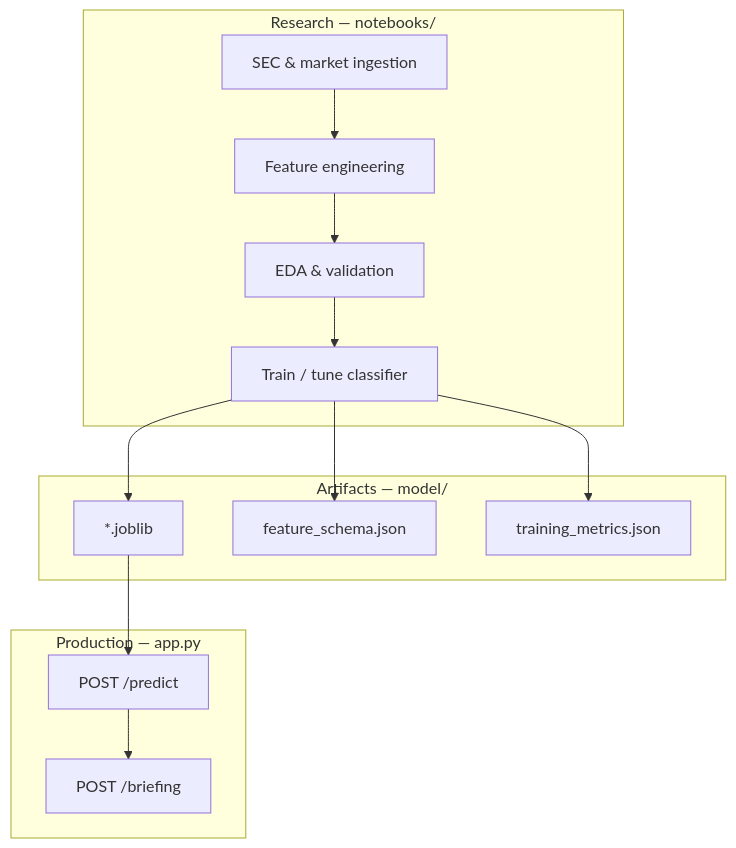
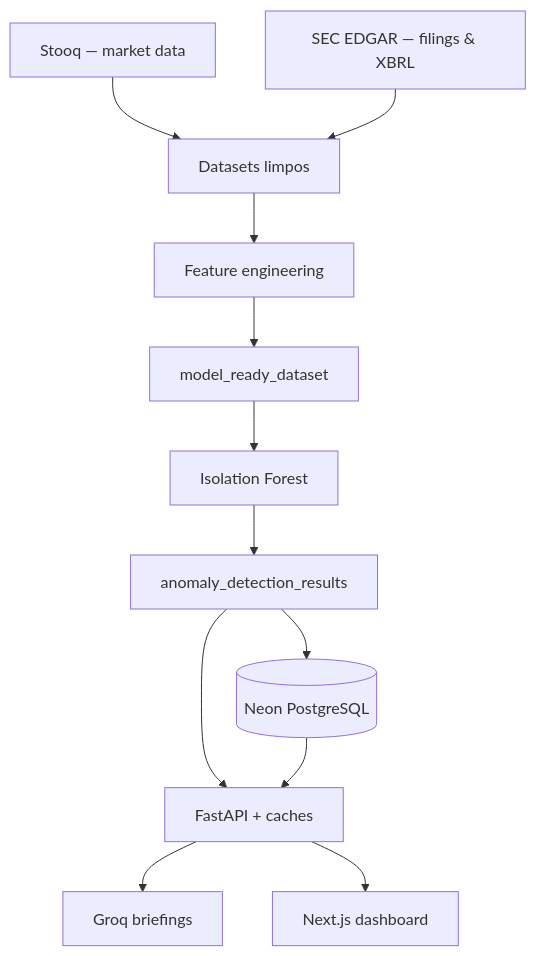
Before and after one commit to sidnei-almeida/corporate-signal-intelligence: the first of 2 diagrams in README.md, drawn with Mermaid. The commit also changed other lines of this file and 3 other files, not shown here.

````diff
--- a/README.md
+++ b/README.md
@@ -41,23 +47,23 @@
 ```mermaid
 flowchart TB
-  subgraph research [Research — notebooks/]
-    A[SEC & market ingestion]
-    B[Feature engineering]
-    C[EDA & validation]
-    D[Train / tune classifier]
-  end
-  subgraph artifacts [Artifacts — model/]
-    E[*.joblib]
-    F[feature_schema.json]
-    G[training_metrics.json]
-  end
-  subgraph prod [Production — app.py]
-    H[POST /predict]
-    I[POST /briefing]
-  end
-  A --> B --> C --> D --> E
-  D --> F
-  D --> G
-  E --> H
-  H --> I
+  STOOQ[Stooq — market data]
+  SEC[SEC EDGAR — filings & XBRL]
+  CLEAN[Datasets limpos]
+  FEAT[Feature engineering]
+  READY[model_ready_dataset]
+  IF[Isolation Forest]
+  RES[anomaly_detection_results]
+  API[FastAPI + caches]
+  GROQ[Groq briefings]
+  DASH[Next.js dashboard]
+  NEON[(Neon PostgreSQL)]
+
+  STOOQ --> CLEAN
+  SEC --> CLEAN
+  CLEAN --> FEAT --> READY --> IF --> RES
+  RES --> API
+  RES --> NEON
+  NEON --> API
+  API --> GROQ
+  API --> DASH
 ```
````
